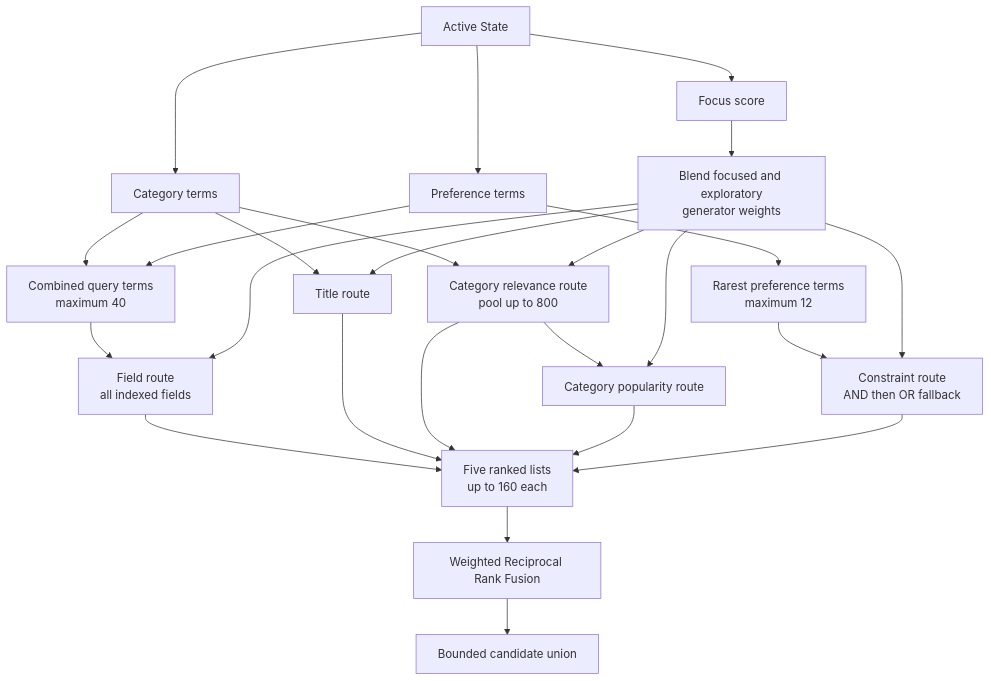
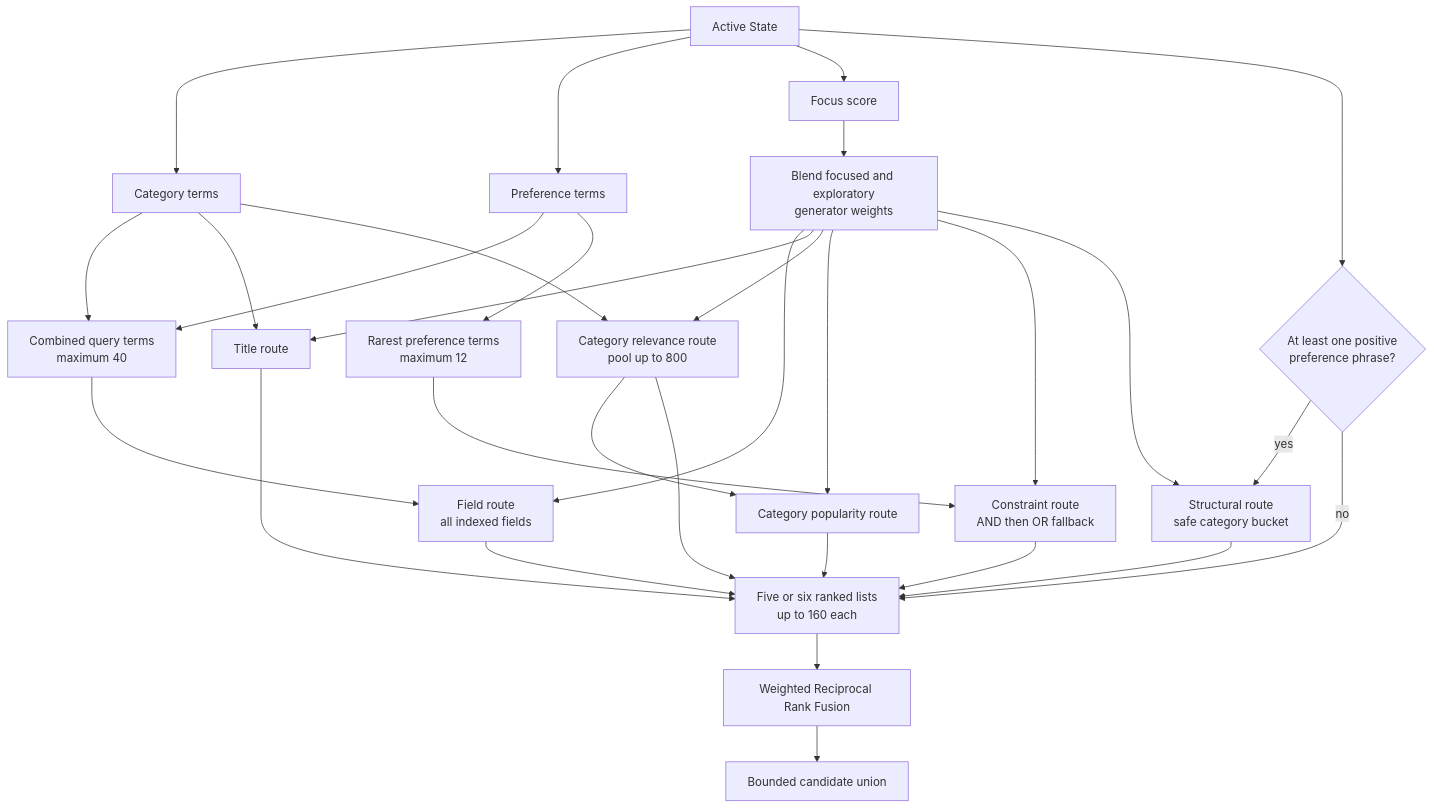
One commit to ash15khng/tiktok-techjam changed the seventh of 14 diagrams in docs/system-flowcharts.md. Above: the diagram before and after it, drawn with Mermaid. The commit also changed other lines of this file and 13 other files, not shown here.

````diff
--- a/docs/system-flowcharts.md
+++ b/docs/system-flowcharts.md
@@ -341,31 +356,36 @@
 ```mermaid
 flowchart TD
     A[Active State] --> B[Category terms]
     A --> C[Preference terms]
     B --> D[Combined query terms<br/>maximum 40]
     C --> D
     C --> E[Rarest preference terms<br/>maximum 12]
 
     A --> F[Focus score]
     F --> G[Blend focused and exploratory<br/>generator weights]
 
     D --> H1[Field route<br/>all indexed fields]
     B --> H2[Title route]
     B --> H3[Category relevance route<br/>pool up to 800]
     H3 --> H4[Category popularity route]
     E --> H5[Constraint route<br/>AND then OR fallback]
+    A --> S{At least one positive<br/>preference phrase?}
+    S -->|yes| H6[Structural route<br/>safe category bucket]
+    S -->|no| I
 
     G --> H1
     G --> H2
     G --> H3
     G --> H4
     G --> H5
+    G --> H6
 
-    H1 --> I[Five ranked lists<br/>up to 160 each]
+    H1 --> I[Five or six ranked lists<br/>up to 160 each]
     H2 --> I
     H3 --> I
     H4 --> I
     H5 --> I
+    H6 --> I
     I --> J[Weighted Reciprocal Rank Fusion]
     J --> K[Bounded candidate union]
 ```
````
